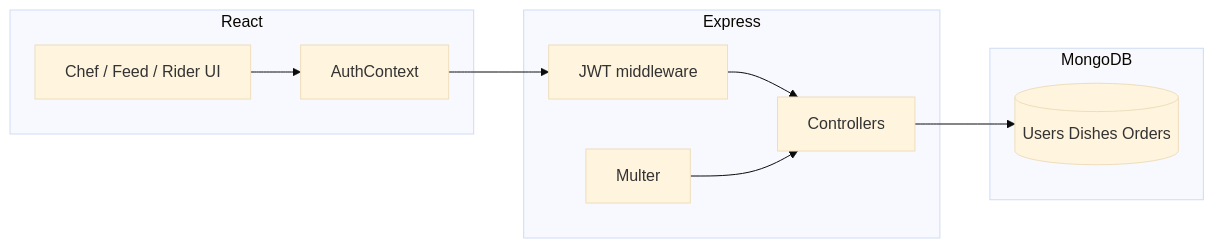
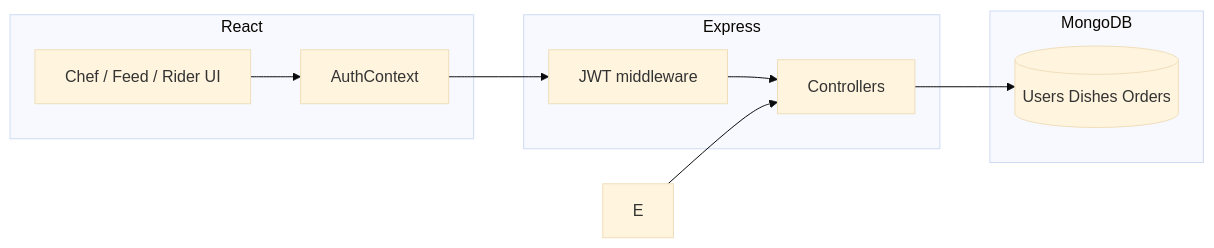
Before and after one commit to nikitatri/Society_HomeChef: the diagram in README.md, drawn with Mermaid (base theme). The commit also changed other lines of this file and 12 other files, not shown here.

````diff
--- a/README.md
+++ b/README.md
@@ -18,20 +18,19 @@
 ```mermaid
 flowchart LR
   subgraph client [React]
     A[AuthContext]
     B[Chef / Feed / Rider UI]
   end
   subgraph api [Express]
     C[JWT middleware]
     D[Controllers]
-    E[Multer]
   end
   subgraph data [MongoDB]
     F[(Users Dishes Orders)]
   end
   B --> A
   A --> C
   C --> D
   D --> F
   E --> D
 ```
````
